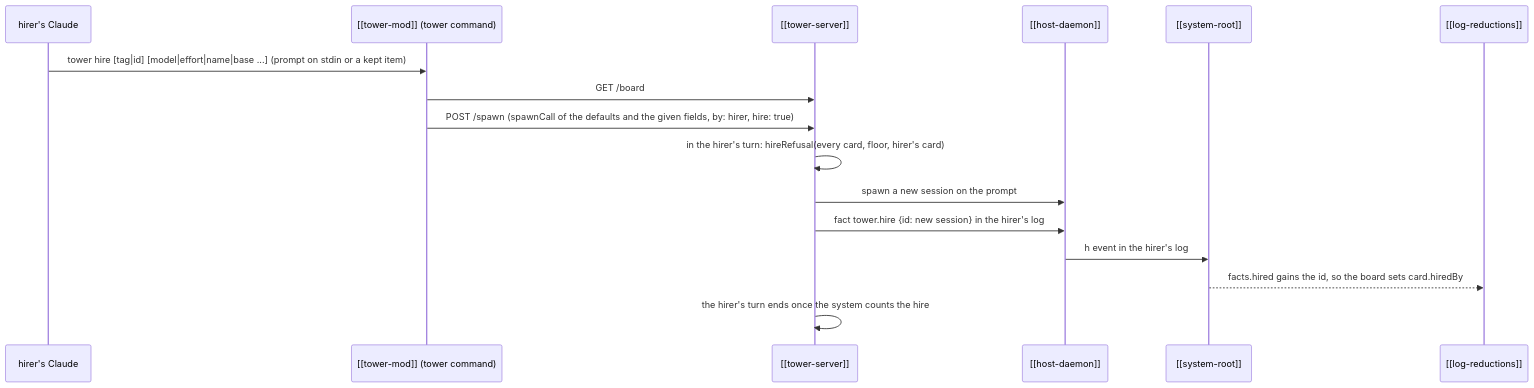
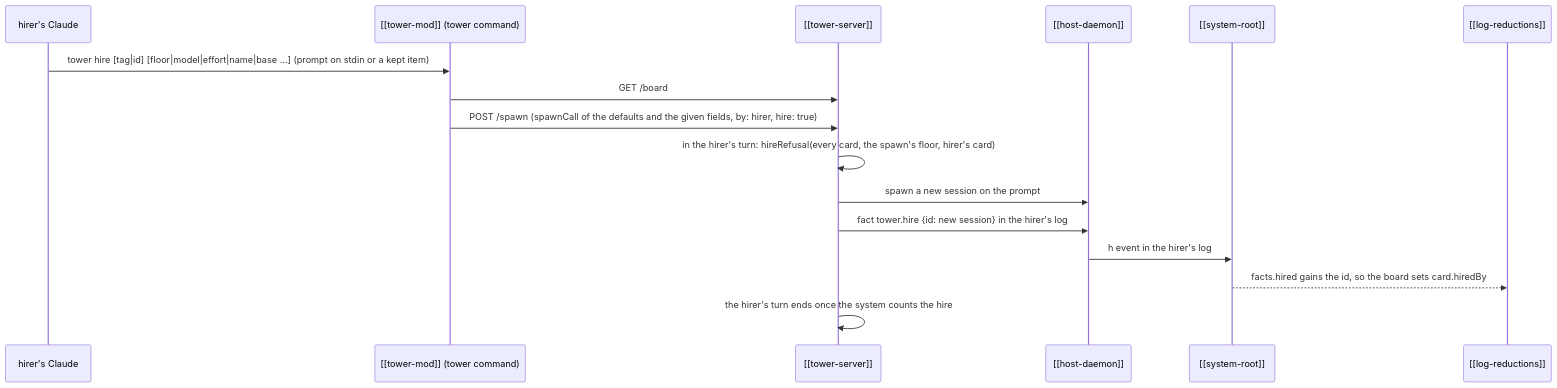
One commit to RegiByte/the-tower changed the diagram in kb/entities/flows/hire.md. Above: the diagram before and after it, drawn with Mermaid. The commit also changed other lines of this file and 4 other files, not shown here.

First line of the commit message:
tower hire floor <id>: hire on another floor, and crews listed across floors

````diff
--- a/kb/entities/flows/hire.md
+++ b/kb/entities/flows/hire.md
@@ -12,18 +12,18 @@
 ```mermaid
 sequenceDiagram
   participant W as hirer's Claude
   participant M as [[tower-mod]] (tower command)
   participant T as [[tower-server]]
   participant H as [[host-daemon]]
   participant R as [[system-root]]
   participant F as [[log-reductions]]
-  W->>M: tower hire [tag|id] [model|effort|name|base ...] (prompt on stdin or a kept item)
+  W->>M: tower hire [tag|id] [floor|model|effort|name|base ...] (prompt on stdin or a kept item)
   M->>T: GET /board
   M->>T: POST /spawn (spawnCall of the defaults and the given fields, by: hirer, hire: true)
-  T->>T: in the hirer's turn: hireRefusal(every card, floor, hirer's card)
+  T->>T: in the hirer's turn: hireRefusal(every card, the spawn's floor, hirer's card)
   T->>H: spawn a new session on the prompt
   T->>H: fact tower.hire {id: new session} in the hirer's log
   H->>R: h event in the hirer's log
   R-->>F: facts.hired gains the id, so the board sets card.hiredBy
   T->>T: the hirer's turn ends once the system counts the hire
 ```
````
